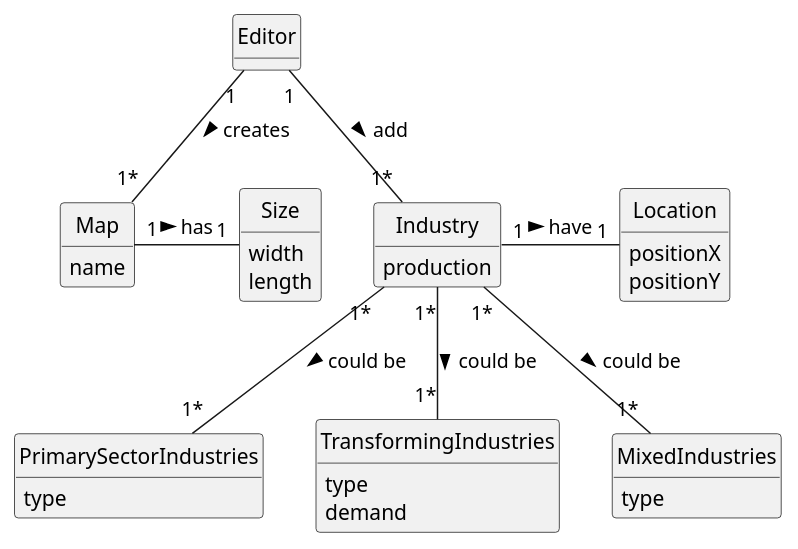
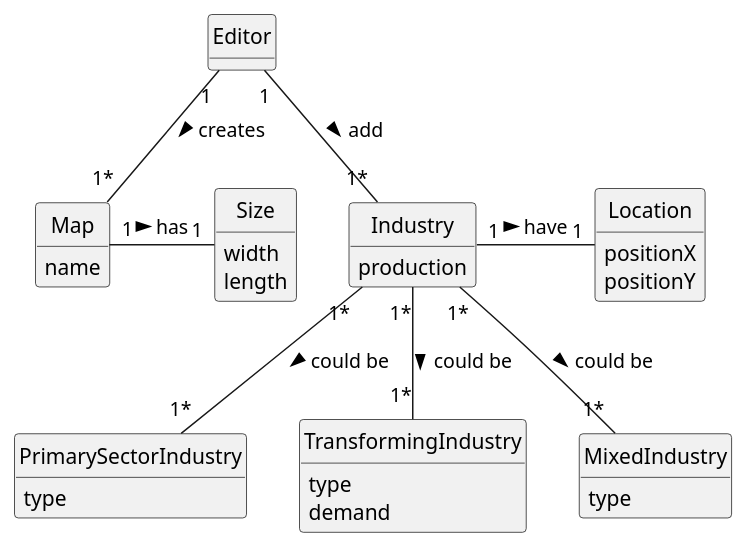
One commit to 1240826/empire-on-tracks changed the diagram in docs/system-documentation/US002/02.analysis/puml/US002-DM.puml. Above: the diagram before and after it, drawn with PlantUML.

```diff
--- a/docs/system-documentation/US002/02.analysis/puml/US002-DM.puml
+++ b/docs/system-documentation/US002/02.analysis/puml/US002-DM.puml
@@ -1,53 +1,53 @@
 @startuml
 skinparam monochrome true
 skinparam packageStyle rectangle
 skinparam shadowing false
 skinparam classAttributeIconSize 0
 hide circle
 hide methods
 
 'title US02 - Add Industry to Map (Domain Model)
 
 class Editor {
 }
 class Map {
     name
 
 }
 class Size{
     width
     length
 }
 
 class Location{
     positionX
     positionY
 
 }
 class Industry {
     production
 }
-class PrimarySectorIndustries{
+class PrimarySectorIndustry{
     type
 
 }
-class TransformingIndustries{
+class TransformingIndustry{
     type
     demand
 }
-class  MixedIndustries{
+class  MixedIndustry{
     type
 }
 
 ' --- Relacionamentos ---
 Editor "1" -down- "1*" Map : creates >
 Editor "1" -- "1*" Industry : add >
 Map "1" - "1" Size : has >
 
 
-Industry "1*" -- "1*" PrimarySectorIndustries : could be >
-Industry "1*" -- "1*" TransformingIndustries : could be >
-Industry "1*" -- "1*" MixedIndustries : could be >
+Industry "1*" -- "1*" PrimarySectorIndustry : could be >
+Industry "1*" -- "1*" TransformingIndustry : could be >
+Industry "1*" -- "1*" MixedIndustry : could be >
 Industry "1" - "1" Location : have >
 
 @enduml
```
